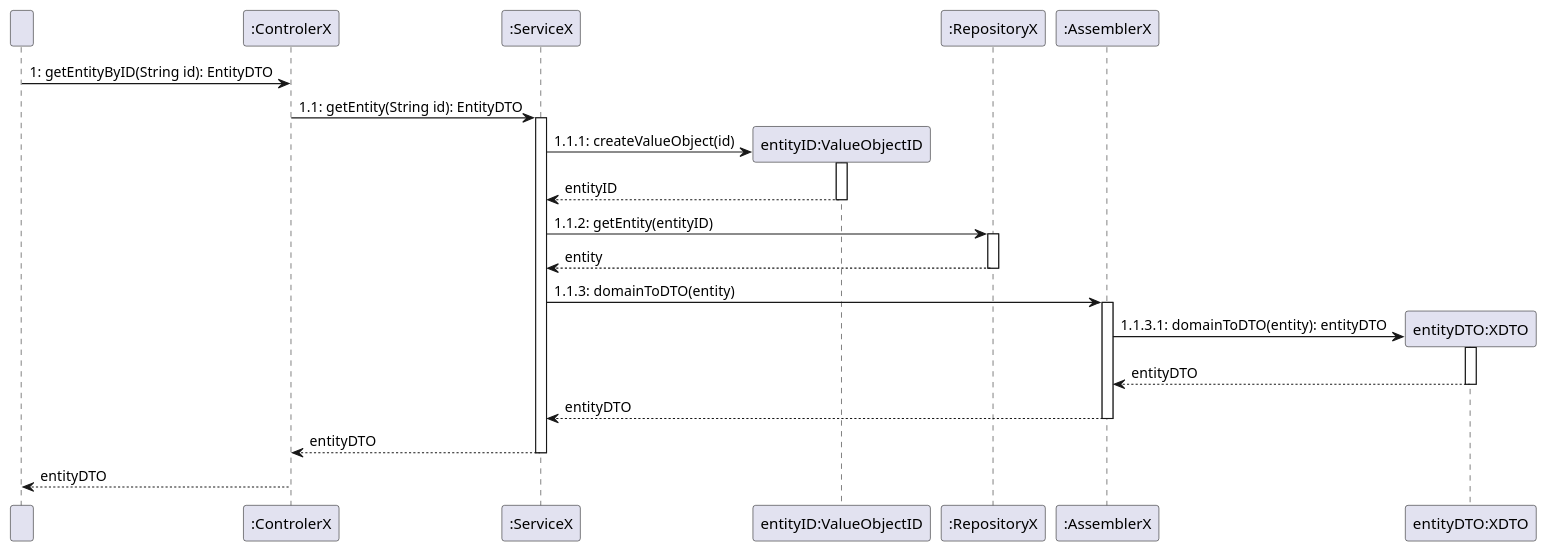
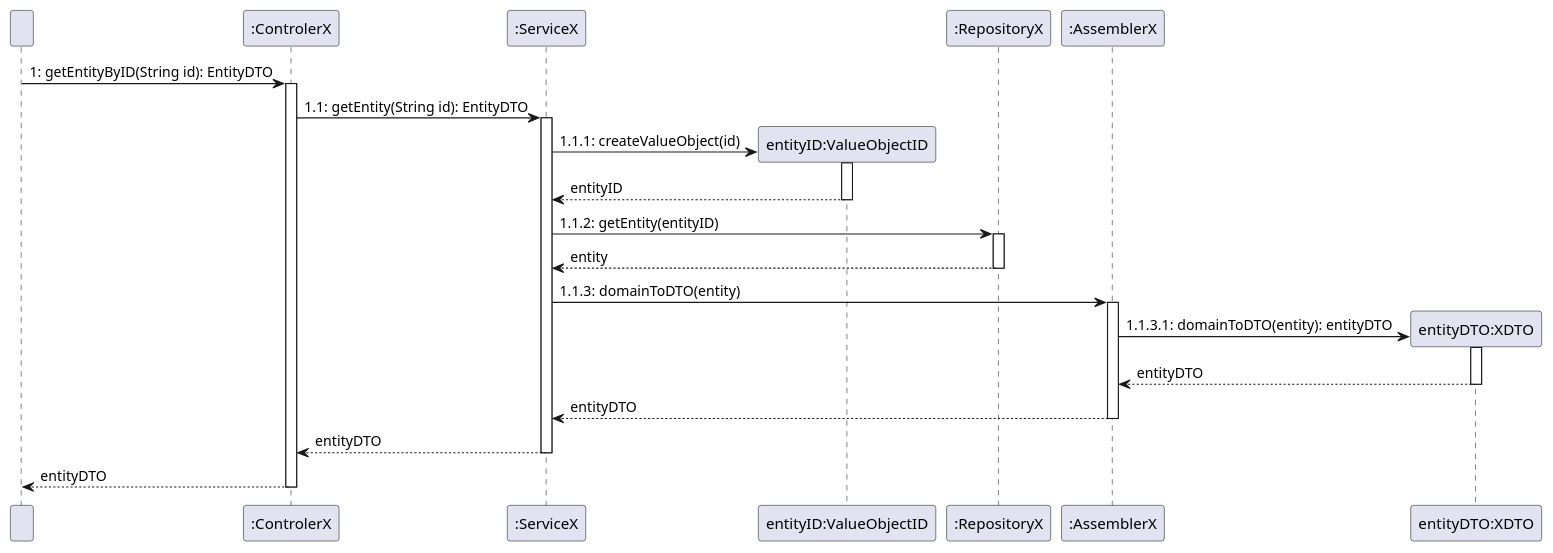
Before and after one commit to olivDiogo/SmartHome: the diagram in docs/general/exampleSequenceDiagrams/GetEntityByID.puml, drawn with PlantUML. The commit also changed 7 other files, not shown here.

Commit message:
Closes #168 Added new example sequence diagrams. Removed old docs folders

```diff
--- a/docs/general/exampleSequenceDiagrams/GetEntityByID.puml
+++ b/docs/general/exampleSequenceDiagrams/GetEntityByID.puml
@@ -1,39 +1,41 @@
 @startuml
 participant "  " as User
 participant ":ControlerX" as Controller
 participant ":ServiceX" as Service
 participant "entityID:ValueObjectID" as ValueObject
 participant ":RepositoryX" as Repository
 participant ":AssemblerX" as Assembler
 participant "entityDTO:XDTO" as DTO
 
 
 User -> Controller: 1: getEntityByID(String id): EntityDTO
+activate Controller
 Controller -> Service: 1.1: getEntity(String id): EntityDTO
 activate Service
 create ValueObject
 
 Service -> ValueObject: 1.1.1: createValueObject(id)
 activate ValueObject
 ValueObject --> Service: entityID
 deactivate ValueObject
 Service -> Repository: 1.1.2: getEntity(entityID)
 activate Repository
 Repository --> Service: entity
 deactivate Repository
 Service -> Assembler: 1.1.3: domainToDTO(entity)
 activate Assembler
 create DTO
 
 Assembler -> DTO: 1.1.3.1: domainToDTO(entity): entityDTO
 activate DTO
 DTO --> Assembler: entityDTO
 deactivate DTO
 
 Assembler --> Service: entityDTO
 deactivate Assembler
 Service --> Controller: entityDTO
 deactivate Service
 Controller --> User: entityDTO
+deactivate Controller
 
 @enduml
```
